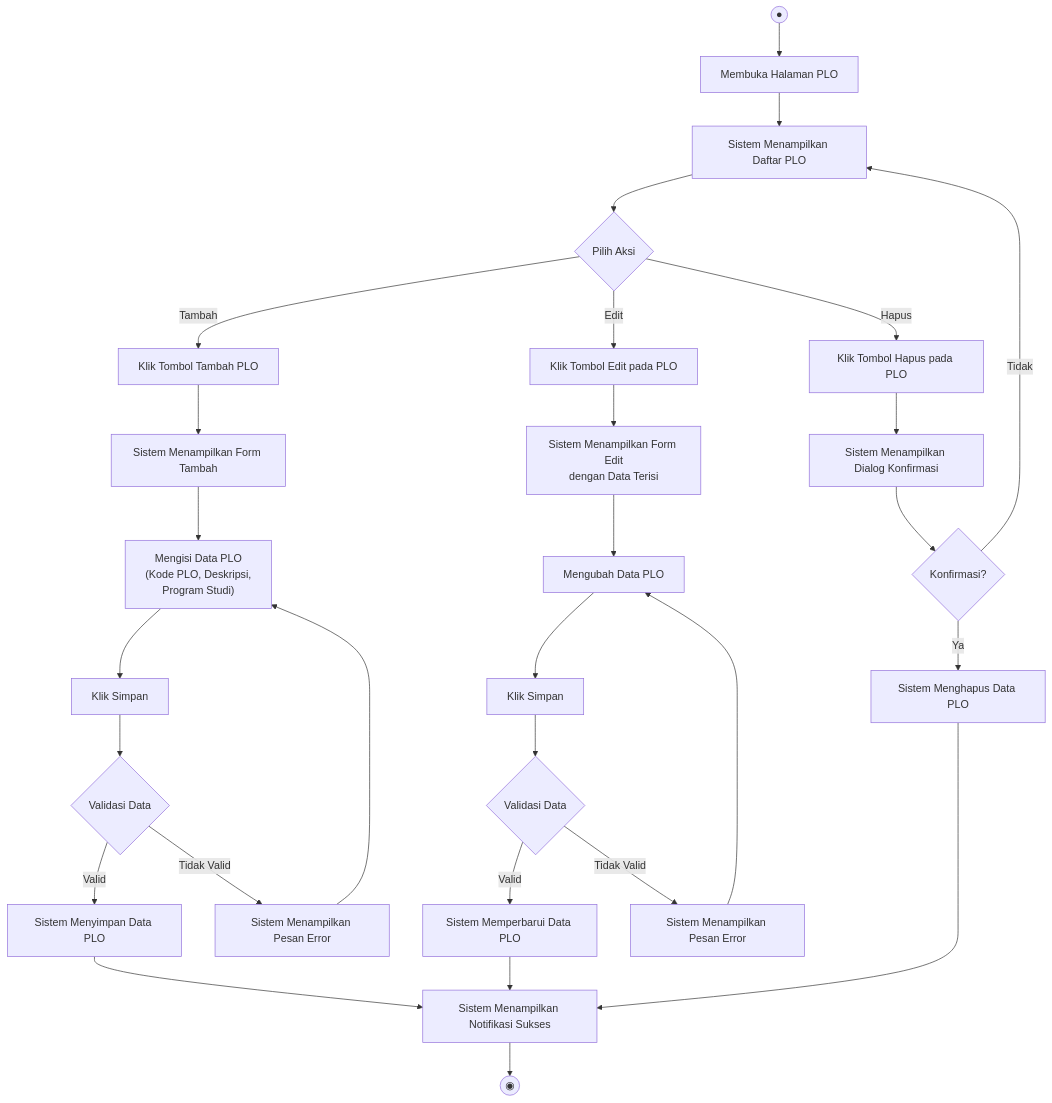
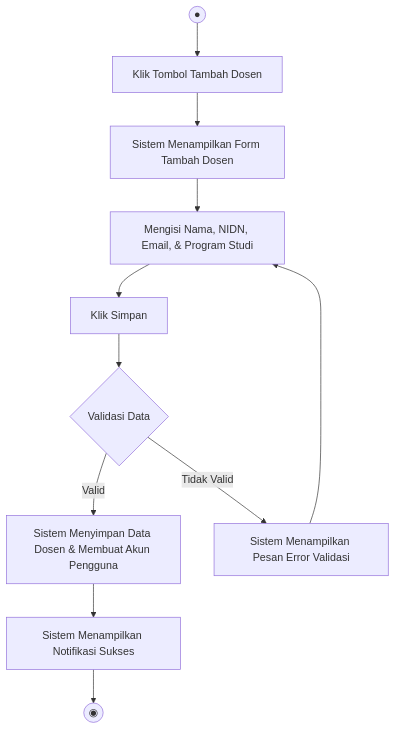
The eighth of 32 diagrams in activity_diagrams.md (alexiusprst-tech/dashboard_verif), drawn with Mermaid before and after one commit. The commit also changed other lines of this file and 6 other files, not shown here.

````diff
--- a/activity_diagrams.md
+++ b/activity_diagrams.md
@@ -259,35 +165,13 @@
 ```mermaid
 flowchart TD
-    A(("●")) --> B["Membuka Halaman PLO"]
-    B --> C["Sistem Menampilkan Daftar PLO"]
-    C --> D{"Pilih Aksi"}
-
-    D -->|Tambah| E["Klik Tombol Tambah PLO"]
-    E --> F["Sistem Menampilkan Form Tambah"]
-    F --> G["Mengisi Data PLO\n(Kode PLO, Deskripsi,\nProgram Studi)"]
-    G --> H["Klik Simpan"]
-    H --> I{"Validasi Data"}
-    I -->|Valid| J["Sistem Menyimpan Data PLO"]
-    J --> K["Sistem Menampilkan Notifikasi Sukses"]
-    I -->|Tidak Valid| L["Sistem Menampilkan Pesan Error"]
-    L --> G
-
-    D -->|Edit| M["Klik Tombol Edit pada PLO"]
-    M --> N["Sistem Menampilkan Form Edit\ndengan Data Terisi"]
-    N --> O["Mengubah Data PLO"]
-    O --> P["Klik Simpan"]
-    P --> Q{"Validasi Data"}
-    Q -->|Valid| R["Sistem Memperbarui Data PLO"]
-    R --> K
-    Q -->|Tidak Valid| S["Sistem Menampilkan Pesan Error"]
-    S --> O
-
-    D -->|Hapus| T["Klik Tombol Hapus pada PLO"]
-    T --> U["Sistem Menampilkan Dialog Konfirmasi"]
-    U --> V{"Konfirmasi?"}
-    V -->|Ya| W["Sistem Menghapus Data PLO"]
-    W --> K
-    V -->|Tidak| C
-
-    K --> Z(("◉"))
+    Start(("●")) --> ClickAdd["Klik Tombol Tambah Dosen"]
+    ClickAdd --> ShowForm["Sistem Menampilkan Form Tambah Dosen"]
+    ShowForm --> InputData["Mengisi Nama, NIDN, Email, & Program Studi"]
+    InputData --> ClickSave["Klik Simpan"]
+    ClickSave --> Validate{"Validasi Data"}
+    Validate -->|Valid| StoreData["Sistem Menyimpan Data Dosen & Membuat Akun Pengguna"]
+    StoreData --> ShowSuccess["Sistem Menampilkan Notifikasi Sukses"]
+    Validate -->|Tidak Valid| ShowError["Sistem Menampilkan Pesan Error Validasi"]
+    ShowError --> InputData
+    ShowSuccess --> End(("◉"))
 ```
````
